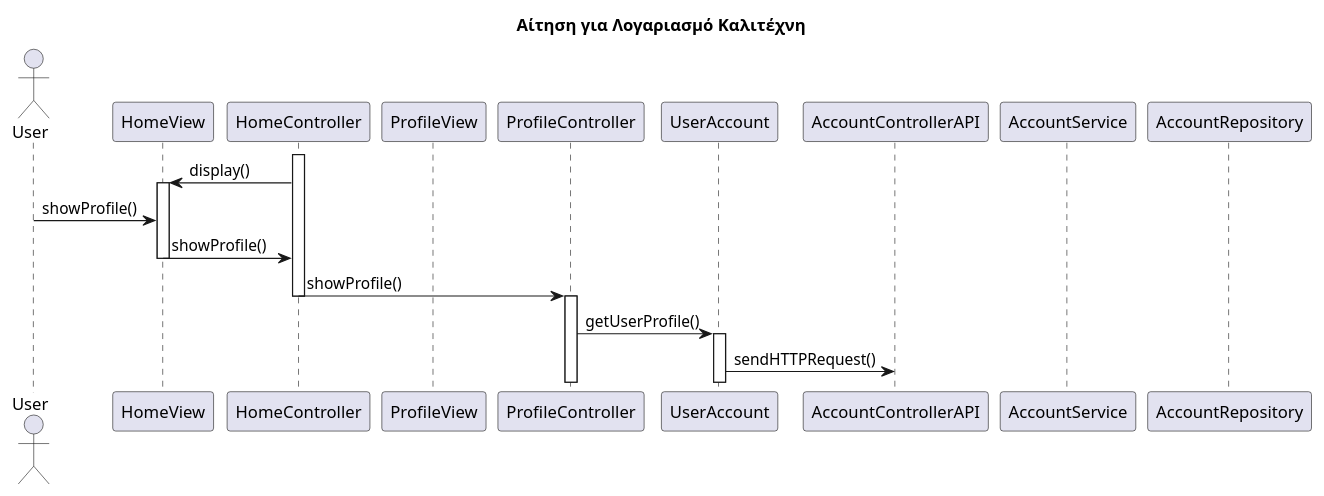
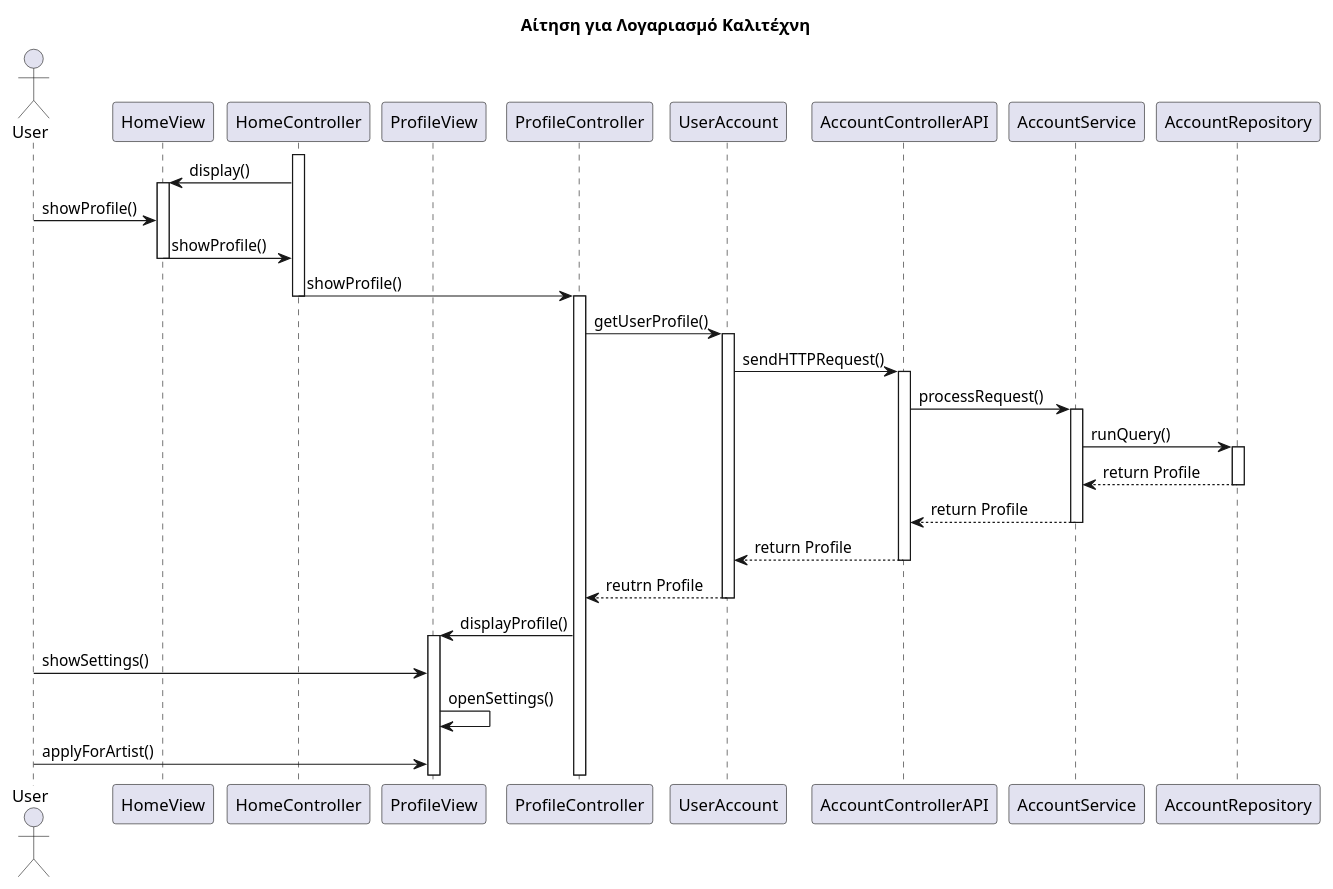
Before and after one commit to RubenKingCP/Tunix: the diagram in Paradoteo_2/SequenceDiagram2.puml, drawn with PlantUML.

Commit message:
Pausing progress on the second sequence diagram and waiting for database updates

```diff
--- a/Paradoteo_2/SequenceDiagram2.puml
+++ b/Paradoteo_2/SequenceDiagram2.puml
@@ -1,29 +1,48 @@
 @startuml name
 
 title Αίτηση για Λογαριασμό Καλιτέχνη
 
 actor User
 participant HomeView
 participant HomeController
 participant ProfileView
 participant ProfileController
 participant UserAccount
 participant AccountControllerAPI
 participant AccountService
 participant AccountRepository
 
 activate HomeController
 HomeController -> HomeView : display()
 activate HomeView
 User -> HomeView : showProfile()
 HomeView -> HomeController : showProfile()
 deactivate HomeView
 HomeController -> ProfileController : showProfile()
 deactivate HomeController
 activate ProfileController
 ProfileController -> UserAccount : getUserProfile()
 activate UserAccount
 UserAccount -> AccountControllerAPI : sendHTTPRequest()
+activate AccountControllerAPI
+AccountControllerAPI -> AccountService : processRequest()
+activate AccountService
+AccountService -> AccountRepository : runQuery()
+activate AccountRepository
+AccountRepository --> AccountService : return Profile
+deactivate AccountRepository
+AccountService --> AccountControllerAPI : return Profile
+deactivate AccountService
+AccountControllerAPI --> UserAccount : return Profile
+deactivate AccountControllerAPI
+UserAccount --> ProfileController : reutrn Profile
+deactivate UserAccount
+ProfileController -> ProfileView : displayProfile()
+activate ProfileView
+User -> ProfileView : showSettings()
+ProfileView -> ProfileView : openSettings()
+User -> ProfileView : applyForArtist()
+
 
 
 @enduml
```
